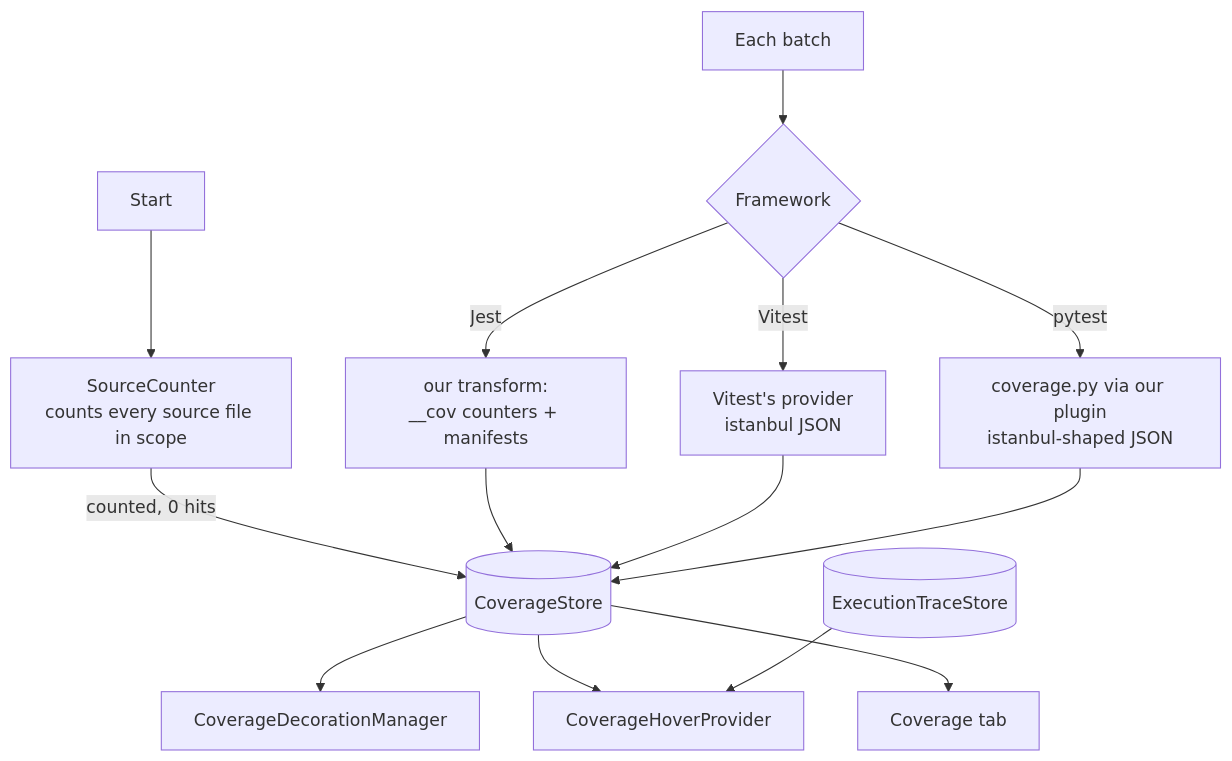
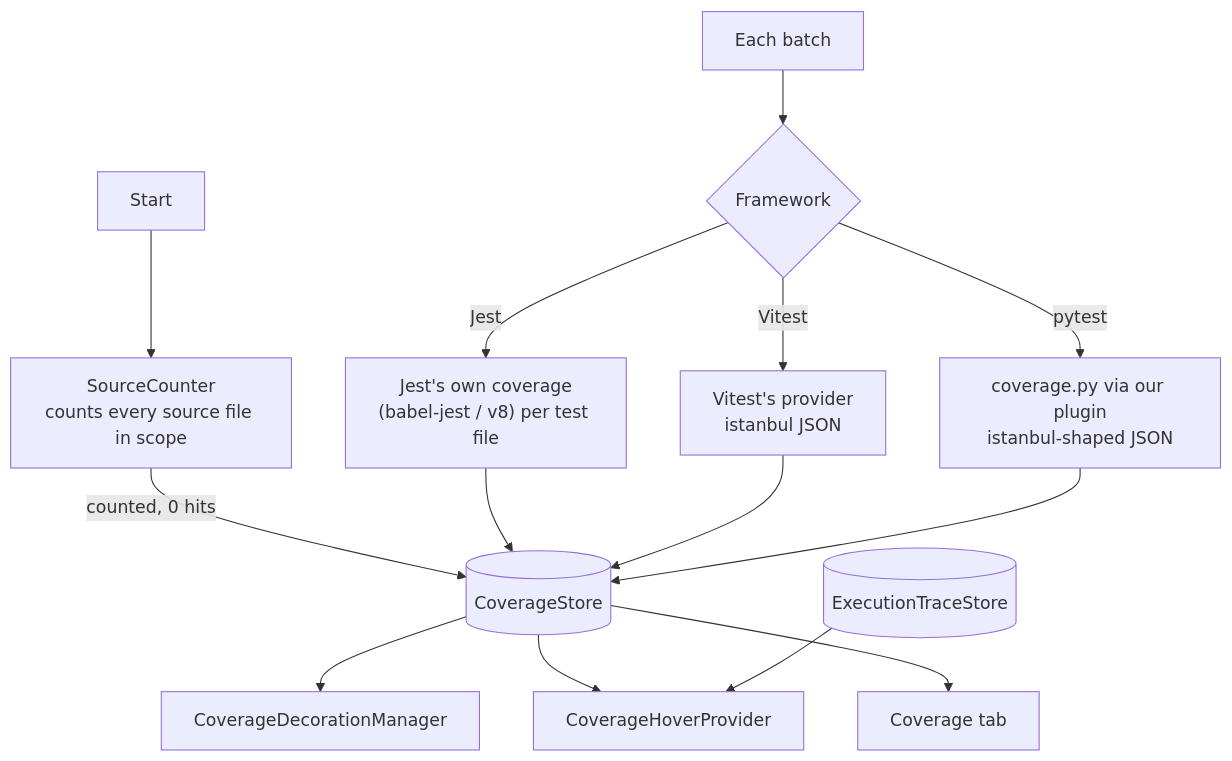
One commit to EshanDias/live-test-runner changed the diagram in docs/development/design/coverage.md. Above: the diagram before and after it, drawn with Mermaid. The commit also changed other lines of this file and 103 other files, not shown here.

````diff
--- a/docs/development/design/coverage.md
+++ b/docs/development/design/coverage.md
@@ -7,16 +7,16 @@
 ```mermaid
 flowchart TD
   start[Start] --> counter["SourceCounter<br/>counts every source file in scope"]
   counter -->|counted, 0 hits| store[(CoverageStore)]
   run[Each batch] --> measure{Framework}
-  measure -->|Jest| ours["our transform:<br/>__cov counters + manifests"]
+  measure -->|Jest| ours["Jest's own coverage<br/>(babel-jest / v8) per test file"]
   measure -->|Vitest| v8["Vitest's provider<br/>istanbul JSON"]
   measure -->|pytest| cov["coverage.py via our plugin<br/>istanbul-shaped JSON"]
   ours --> store
   v8 --> store
   cov --> store
   store --> bars[CoverageDecorationManager]
   store --> hover[CoverageHoverProvider]
   store --> tab[Coverage tab]
   trace[(ExecutionTraceStore)] --> hover
 ```
````
